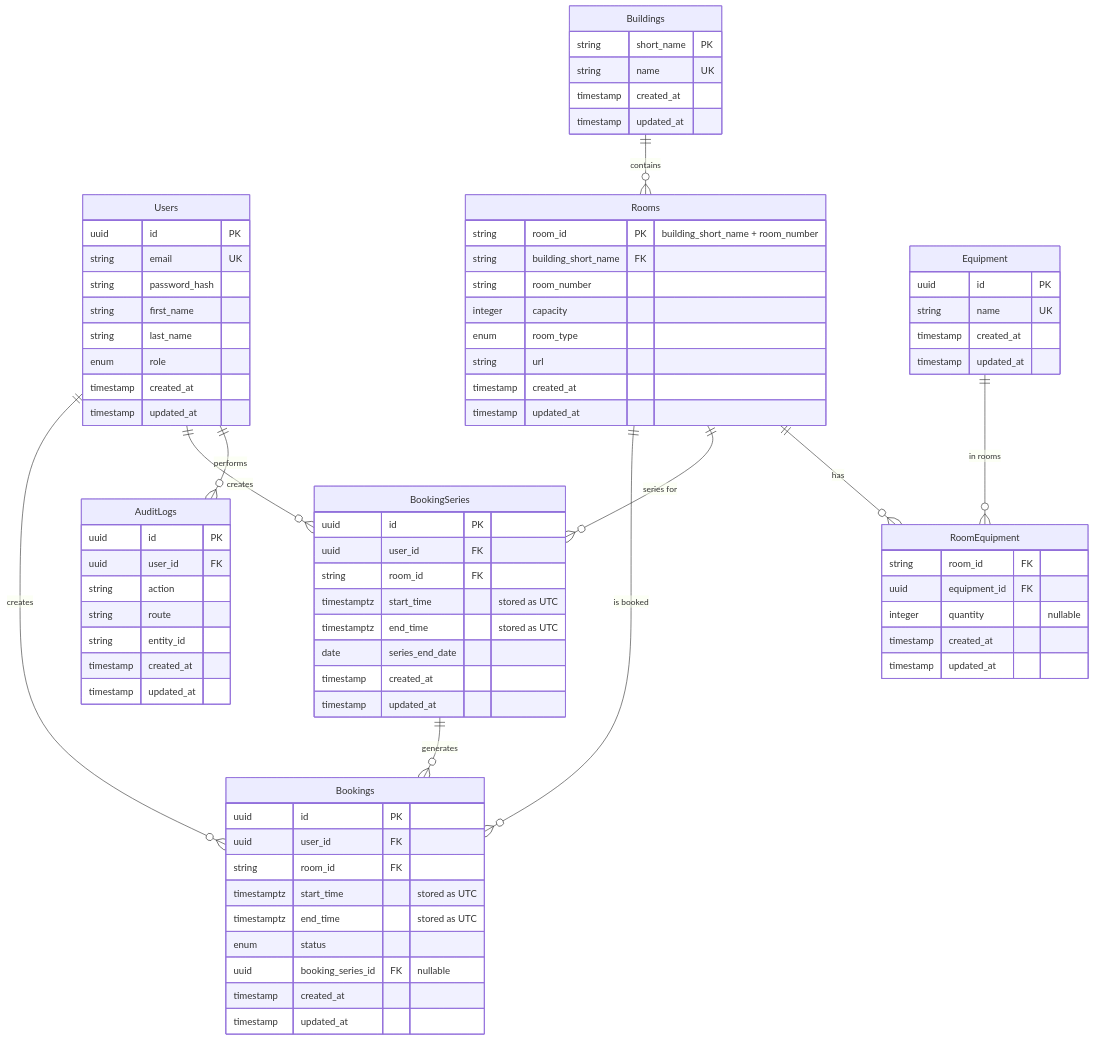
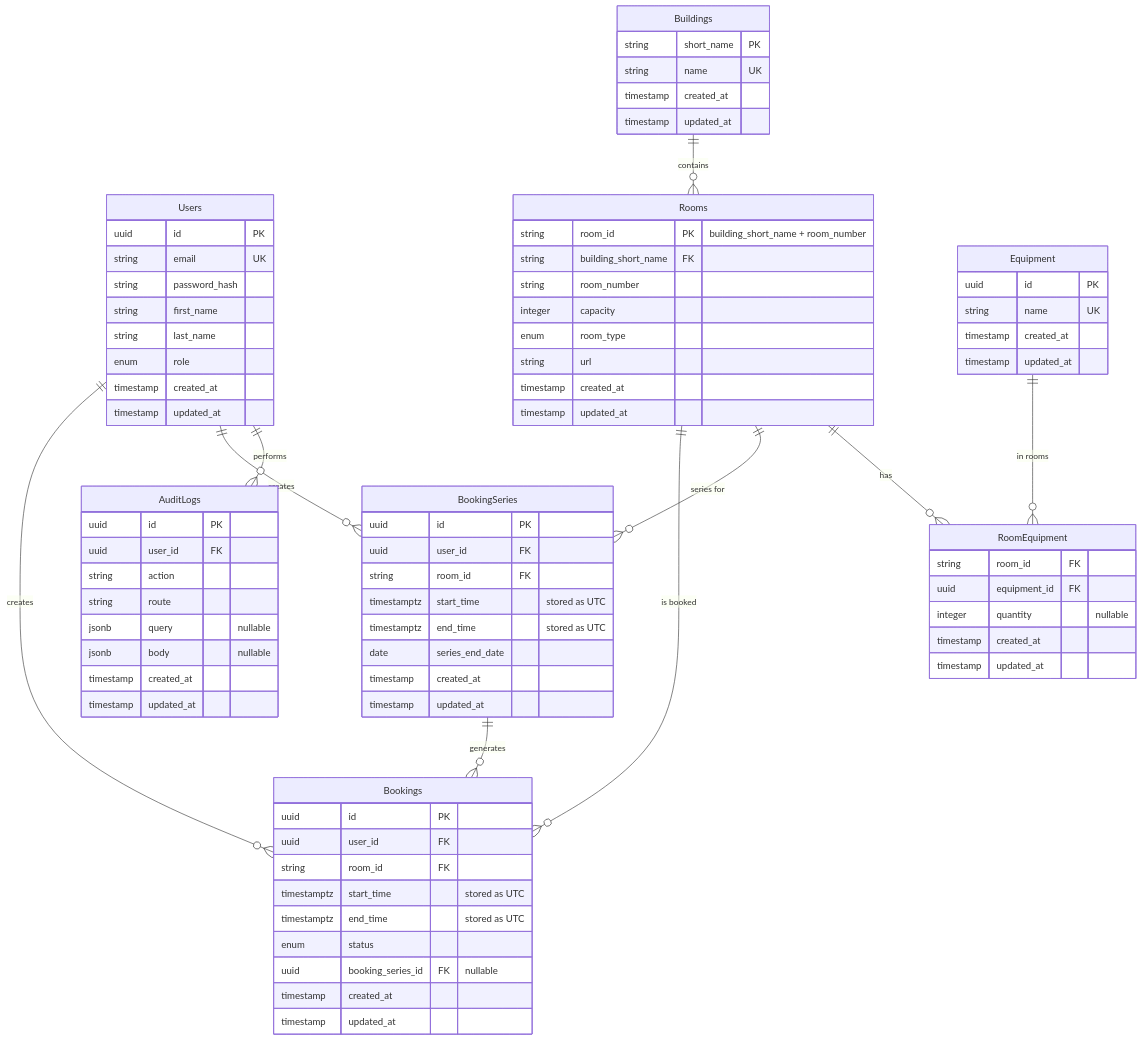
The diagram in docs/db/schema.md (eric-handley/seng-350), drawn with Mermaid before and after one commit. The commit also changed 13 other files, not shown here.

```diff
--- a/docs/db/schema.md
+++ b/docs/db/schema.md
@@ -72,7 +72,8 @@
         uuid user_id FK
         string action
         string route
-        string entity_id
+        jsonb query "nullable"
+        jsonb body "nullable"
         timestamp created_at
         timestamp updated_at
     }
```
